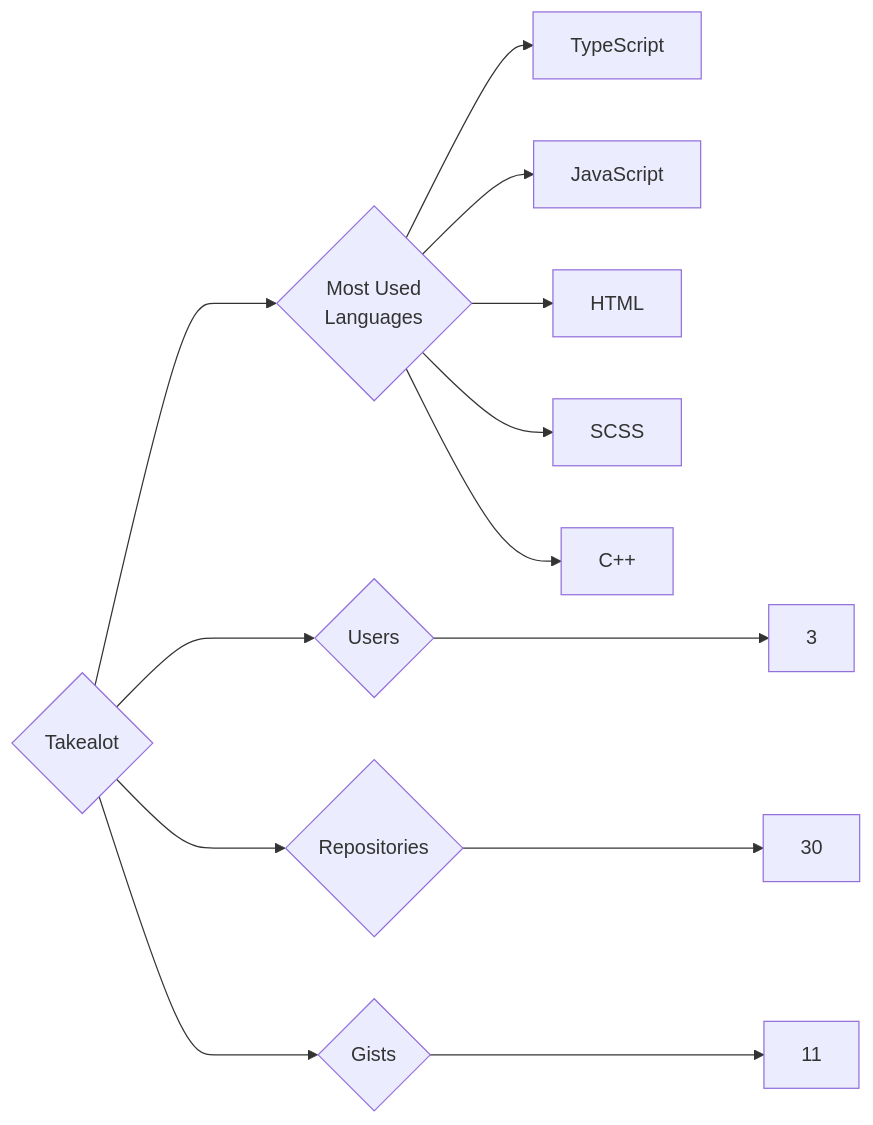
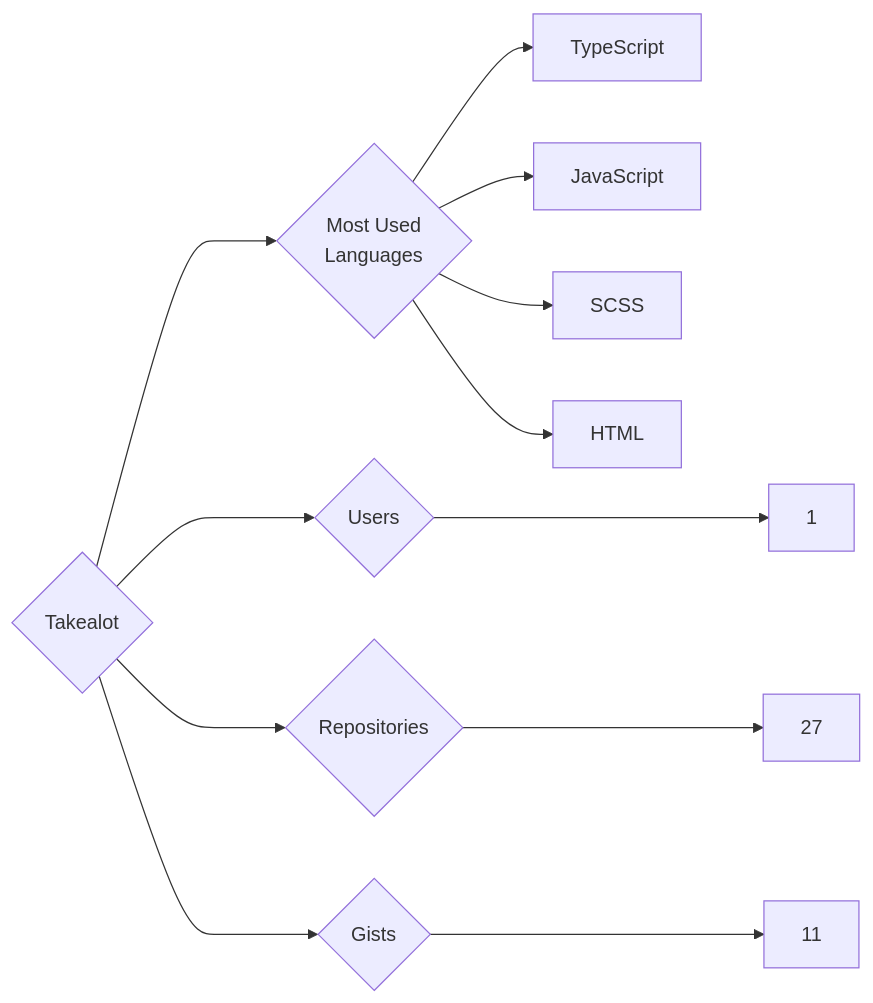
The diagram in targets/Takealot/README.md (trickest/insiders), drawn with Mermaid before and after one commit. The commit also changed 1496 other files, not shown here.

````diff
--- a/targets/Takealot/README.md
+++ b/targets/Takealot/README.md
@@ -3,13 +3,12 @@
 ```mermaid
 graph LR
 COMPANY_NAME{Takealot}
-COMPANY_NAME ---> U{Users} ---> UN[3]
-COMPANY_NAME ---> R{Repositories} ---> RN[30]
+COMPANY_NAME ---> U{Users} ---> UN[1]
+COMPANY_NAME ---> R{Repositories} ---> RN[27]
 COMPANY_NAME ---> G{Gists} ---> GN[11]
 COMPANY_NAME ---> ML{Most Used<br>Languages}
 ML --> TypeScript[TypeScript]
 ML --> JavaScript[JavaScript]
+ML --> SCSS[SCSS]
 ML --> HTML[HTML]
-ML --> SCSS[SCSS]
-ML --> C++[C++]
 ```
````
